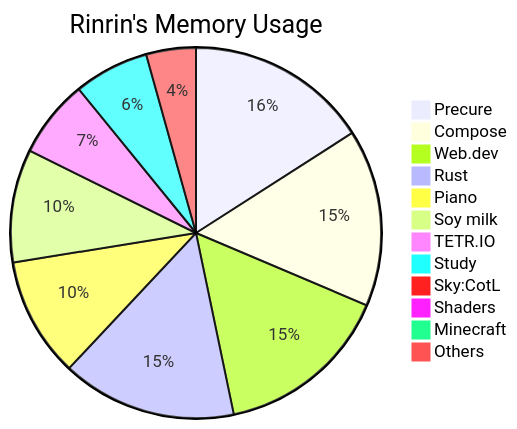
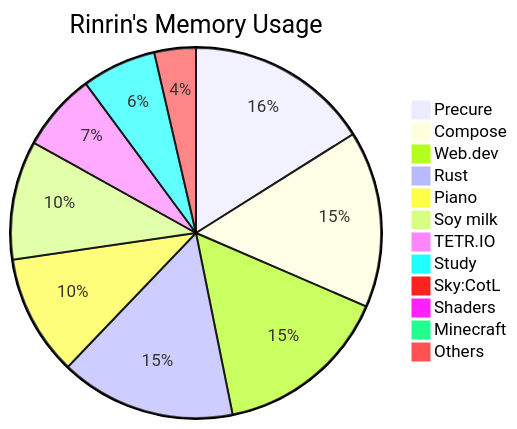
One commit to Rinrin0413/Rinrin0413 changed the diagram in README.md. Above: the diagram before and after it, drawn with Mermaid.

Commit message:
🛠 Update: Rinrin's Memory Usage

````diff
--- a/README.md
+++ b/README.md
@@ -77,15 +77,15 @@
 ```mermaid
 pie title Rinrin's Memory Usage
-    "Precure": 599
-    "Compose": 581
-    "Web.dev": 577
-    "Rust": 574
-    "Piano": 393
-    "Soy milk": 371
-    "TETR.IO": 256
-    "Study": 246
-    "Sky:CotL": 36
+    "Precure": 603
+    "Compose": 579
+    "Web.dev": 576
+    "Rust": 575
+    "Piano": 396
+    "Soy milk": 390
+    "TETR.IO": 255
+    "Study": 244
+    "Sky:CotL": 33
     "Shaders": 30
     "Minecraft": 30
-    "Others": 163
+    "Others": 136
 ```
````
